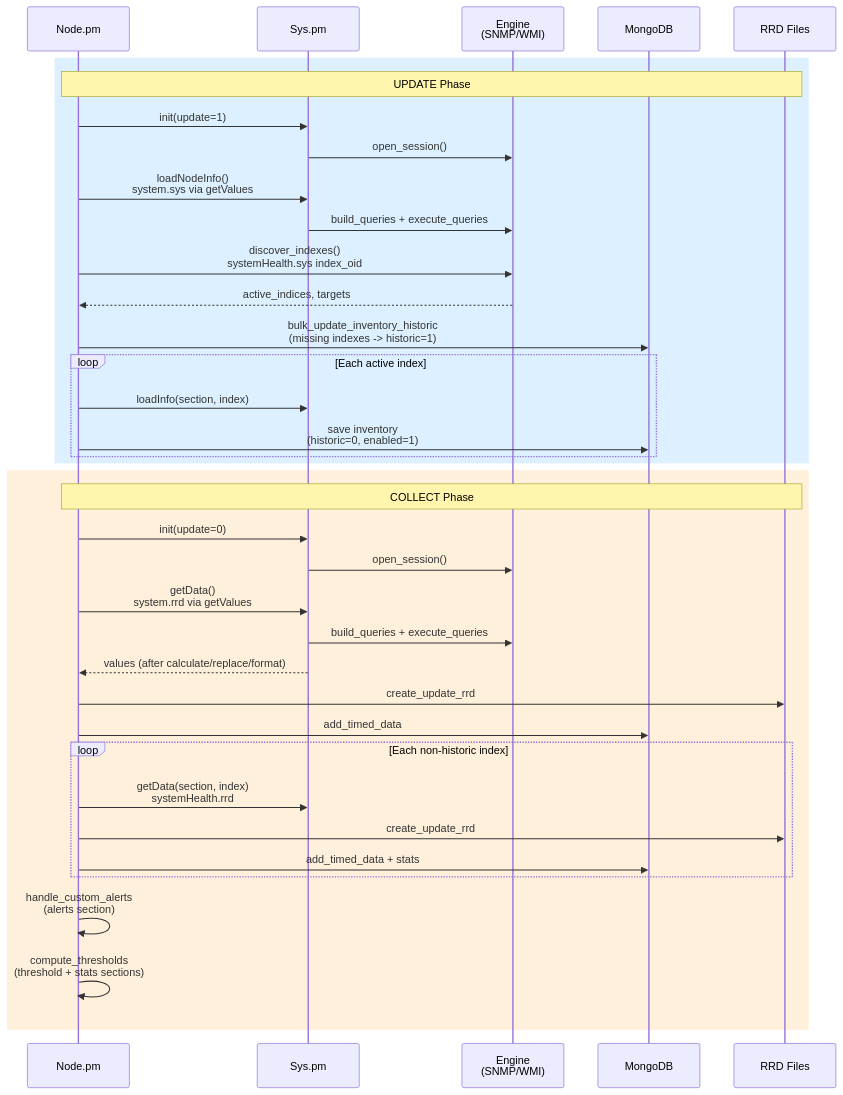
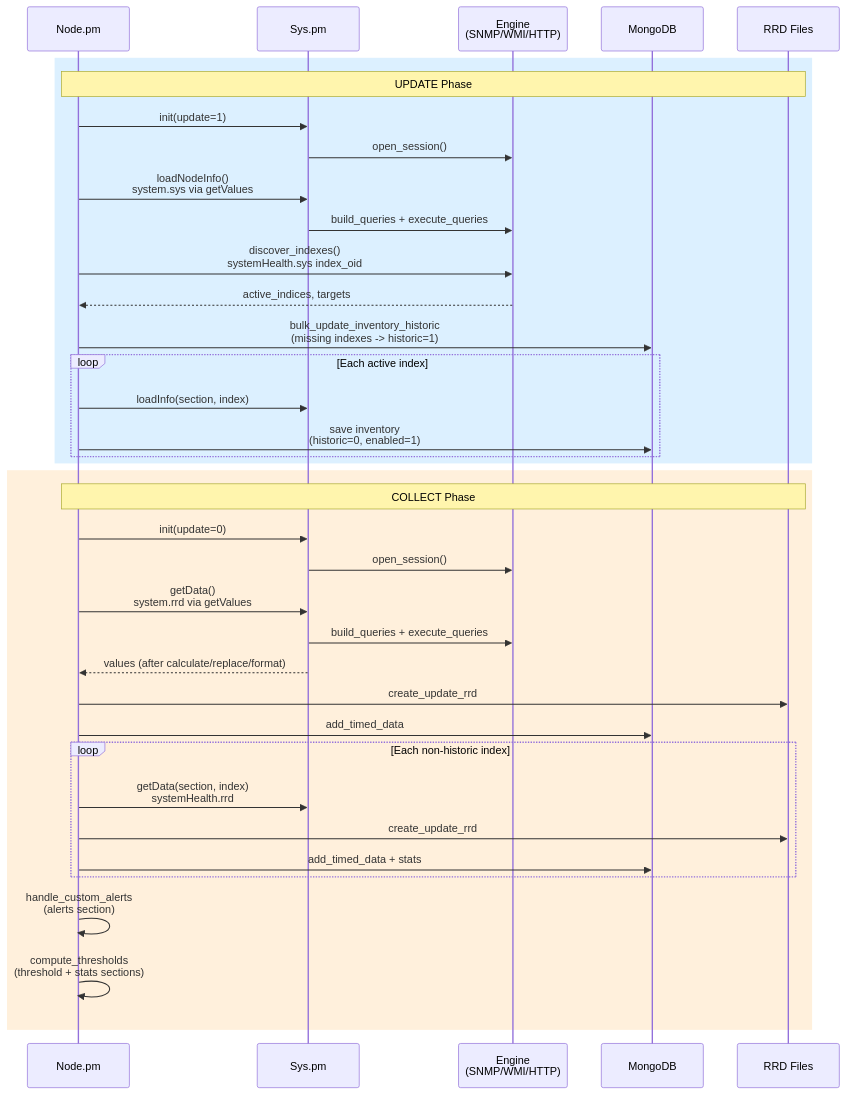
One commit to Opmantek/nmis9 changed the fifth of 5 diagrams in doc/Model-Reference.md. Above: the diagram before and after it, drawn with Mermaid. The commit also changed other lines of this file, not shown here.

Commit message:
add documentation for http/prom system

````diff
--- a/doc/Model-Reference.md
+++ b/doc/Model-Reference.md
@@ -1190,41 +1543,41 @@
 ```mermaid
 sequenceDiagram
     participant N as Node.pm
     participant S as Sys.pm
-    participant E as Engine<br/>(SNMP/WMI)
+    participant E as Engine<br/>(SNMP/WMI/HTTP)
     participant DB as MongoDB
     participant RRD as RRD Files
 
     rect rgb(220, 240, 255)
         note over N,RRD: UPDATE Phase
         N->>S: init(update=1)
         S->>E: open_session()
         N->>S: loadNodeInfo()<br/>system.sys via getValues
         S->>E: build_queries + execute_queries
         N->>E: discover_indexes()<br/>systemHealth.sys index_oid
         E-->>N: active_indices, targets
         N->>DB: bulk_update_inventory_historic<br/>(missing indexes -> historic=1)
         loop Each active index
             N->>S: loadInfo(section, index)
             N->>DB: save inventory<br/>(historic=0, enabled=1)
         end
     end
 
     rect rgb(255, 240, 220)
         note over N,RRD: COLLECT Phase
         N->>S: init(update=0)
         S->>E: open_session()
         N->>S: getData()<br/>system.rrd via getValues
         S->>E: build_queries + execute_queries
         S-->>N: values (after calculate/replace/format)
         N->>RRD: create_update_rrd
         N->>DB: add_timed_data
         loop Each non-historic index
             N->>S: getData(section, index)<br/>systemHealth.rrd
             N->>RRD: create_update_rrd
             N->>DB: add_timed_data + stats
         end
         N->>N: handle_custom_alerts<br/>(alerts section)
         N->>N: compute_thresholds<br/>(threshold + stats sections)
     end
 ```
````
